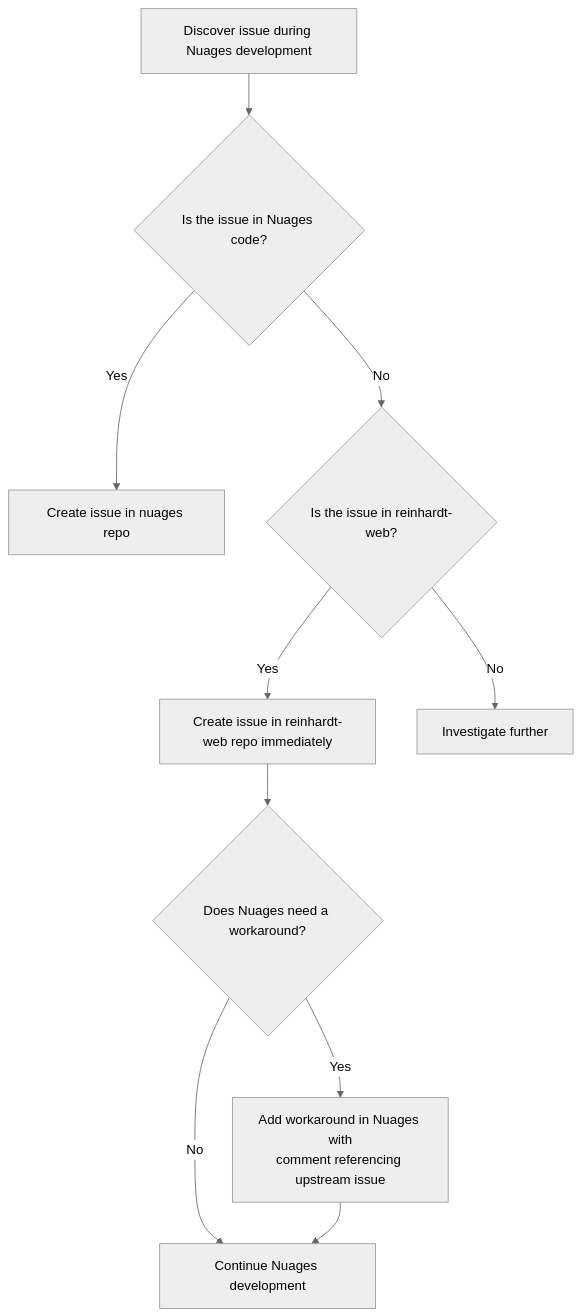
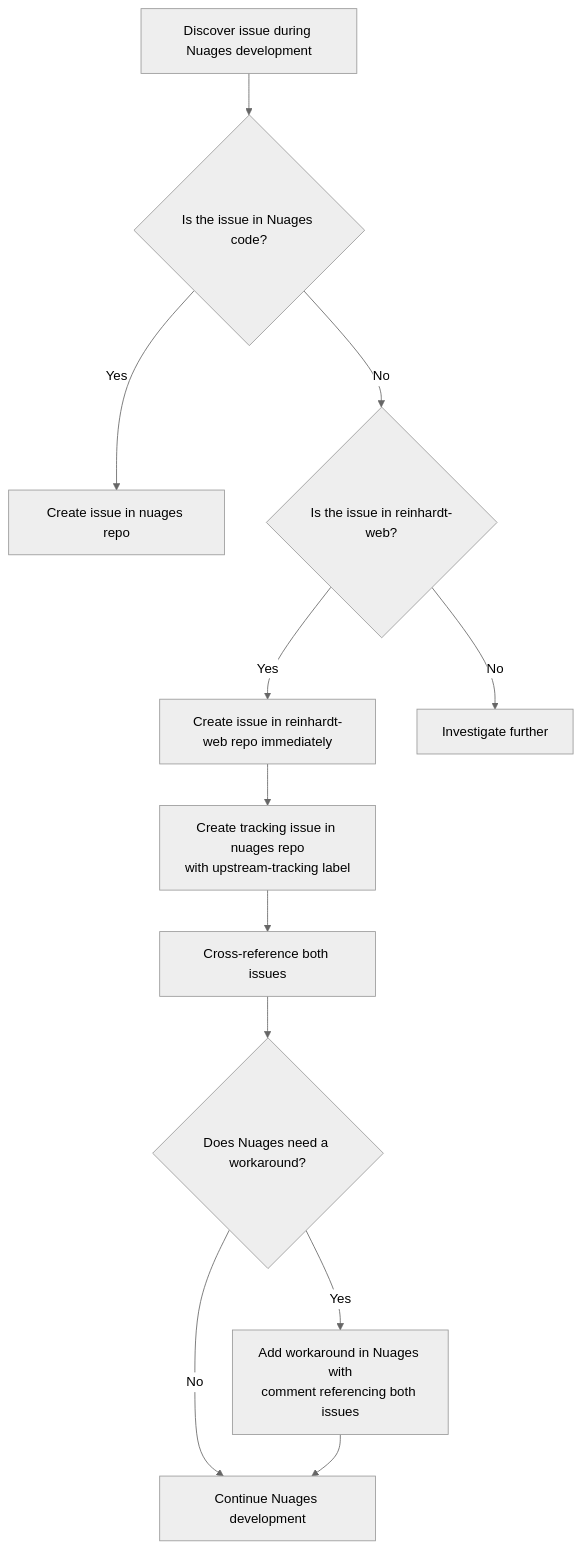
Before and after one commit to kent8192/reinhardt-cloud: the first of 2 diagrams in instructions/UPSTREAM_ISSUE_REPORTING.md, drawn with Mermaid (neutral theme). The commit also changed other lines of this file and 2 other files, not shown here.

First line of the commit message:
docs: add upstream tracking issue policy for cross-repository issue management

````diff
--- a/instructions/UPSTREAM_ISSUE_REPORTING.md
+++ b/instructions/UPSTREAM_ISSUE_REPORTING.md
@@ -36,12 +36,14 @@
 ```mermaid
 flowchart TD
     A[Discover issue during Nuages development] --> B{Is the issue in Nuages code?}
     B -->|Yes| C[Create issue in nuages repo]
     B -->|No| D{Is the issue in reinhardt-web?}
     D -->|Yes| E[Create issue in reinhardt-web repo immediately]
     D -->|No| F[Investigate further]
-    E --> G{Does Nuages need a workaround?}
-    G -->|Yes| H["Add workaround in Nuages with<br/>comment referencing upstream issue"]
+    E --> E2["Create tracking issue in nuages repo<br/>with upstream-tracking label"]
+    E2 --> E3["Cross-reference both issues"]
+    E3 --> G{Does Nuages need a workaround?}
+    G -->|Yes| H["Add workaround in Nuages with<br/>comment referencing both issues"]
     G -->|No| I[Continue Nuages development]
     H --> I
 ```
````
